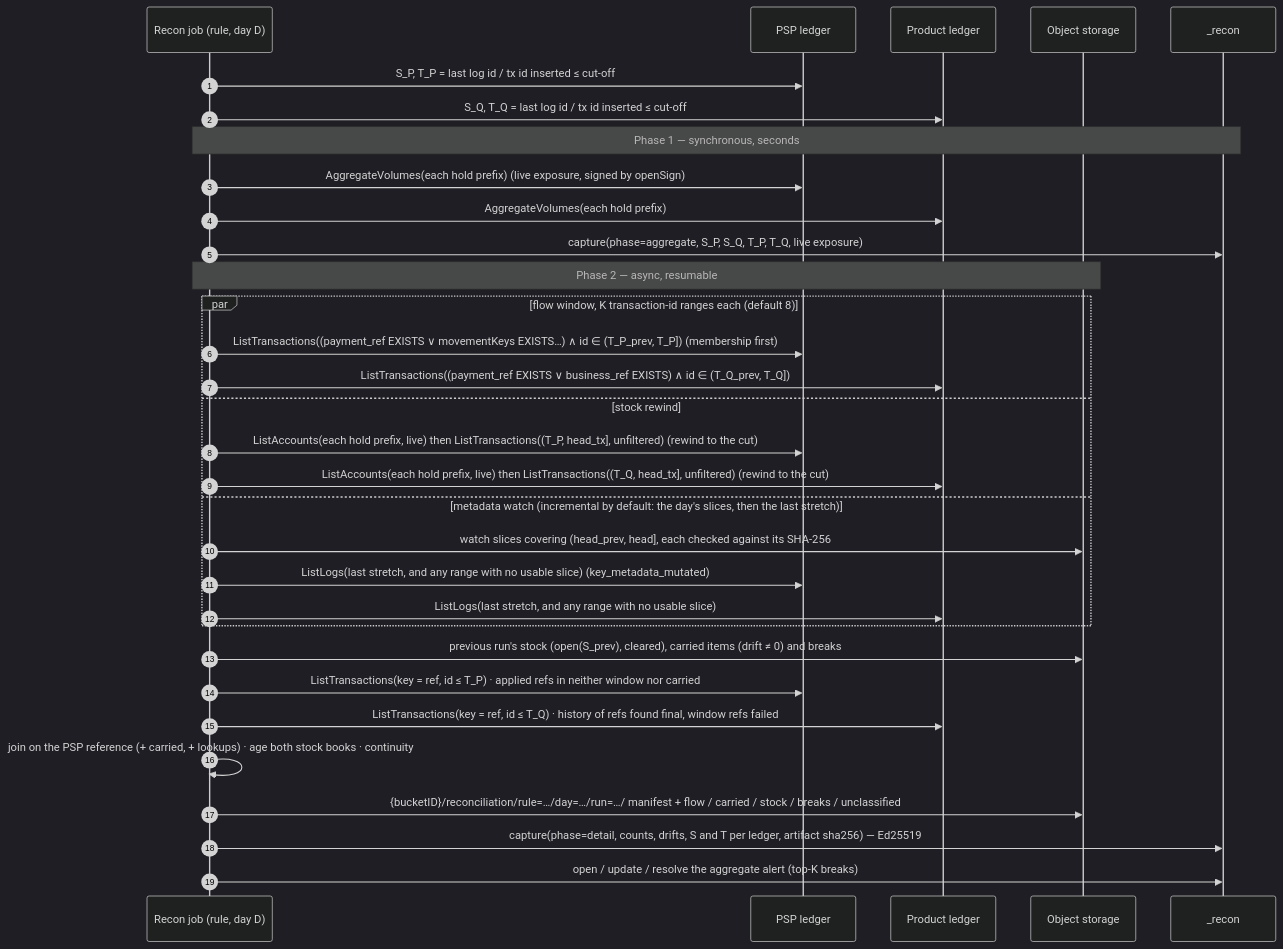
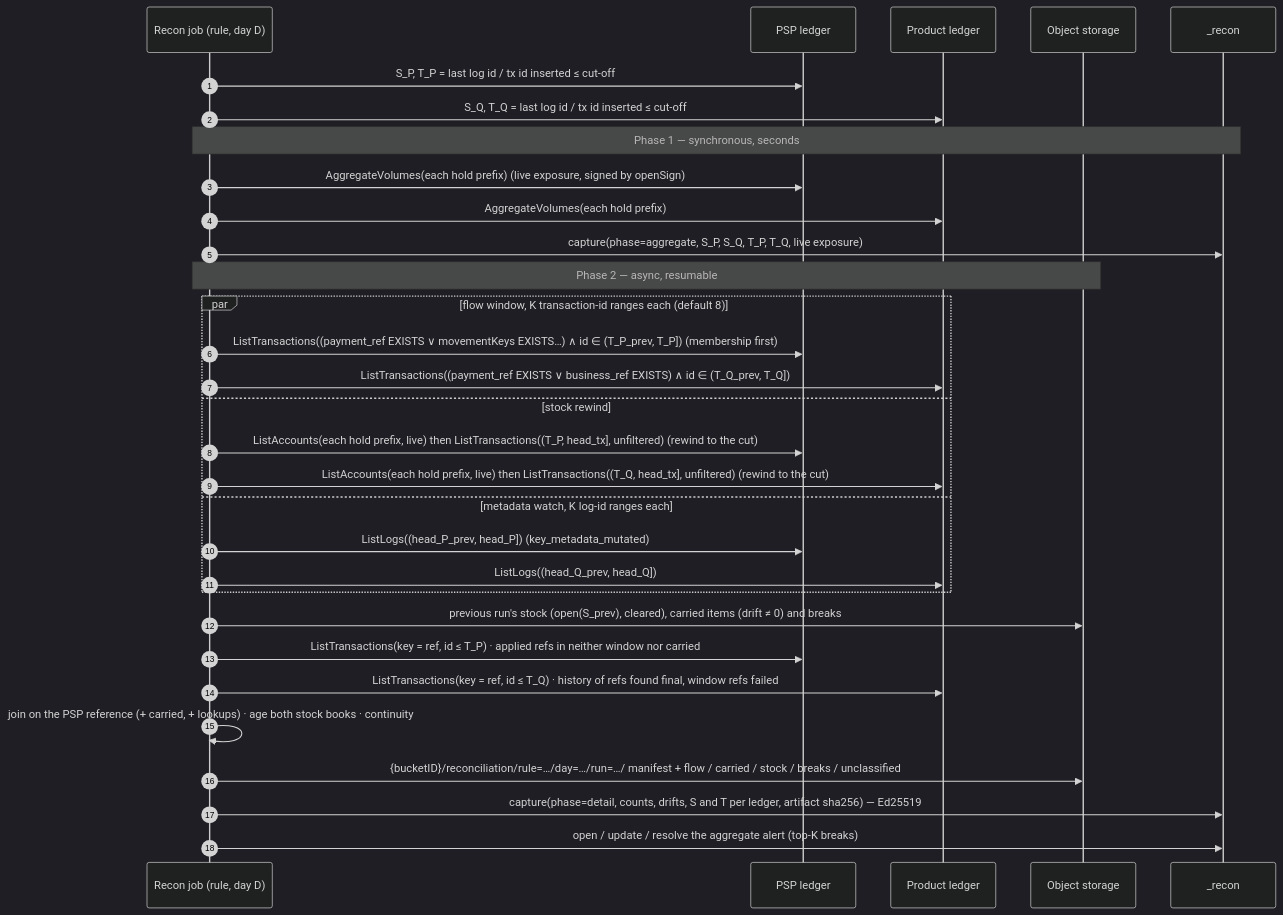
One commit to formancehq/reconciliation changed the second of 2 diagrams in docs/technical/transaction-level-reconciliation.md. Above: the diagram before and after it, drawn with Mermaid (dark theme). The commit also changed other lines of this file and 20 other files, not shown here.

First line of the commit message:
docs(recon): defer the incremental metadata watch after V1 (ADR-005 decision 25)

````diff
--- a/docs/technical/transaction-level-reconciliation.md
+++ b/docs/technical/transaction-level-reconciliation.md
@@ -230,35 +230,34 @@
 ```mermaid
 sequenceDiagram
     autonumber
     participant J as Recon job (rule, day D)
     participant P as PSP ledger
     participant Q as Product ledger
     participant O as Object storage
     participant C as _recon
 
     J->>P: S_P, T_P = last log id / tx id inserted ≤ cut-off
     J->>Q: S_Q, T_Q = last log id / tx id inserted ≤ cut-off
     Note over J,C: Phase 1 — synchronous, seconds
     J->>P: AggregateVolumes(each hold prefix)  (live exposure, signed by openSign)
     J->>Q: AggregateVolumes(each hold prefix)
     J->>C: capture(phase=aggregate, S_P, S_Q, T_P, T_Q, live exposure)
     Note over J,O: Phase 2 — async, resumable
     par flow window, K transaction-id ranges each (default 8)
         J->>P: ListTransactions((payment_ref EXISTS ∨ movementKeys EXISTS…) ∧ id ∈ (T_P_prev, T_P])  (membership first)
         J->>Q: ListTransactions((payment_ref EXISTS ∨ business_ref EXISTS) ∧ id ∈ (T_Q_prev, T_Q])
     and stock rewind
         J->>P: ListAccounts(each hold prefix, live) then ListTransactions((T_P, head_tx], unfiltered) (rewind to the cut)
         J->>Q: ListAccounts(each hold prefix, live) then ListTransactions((T_Q, head_tx], unfiltered) (rewind to the cut)
-    and metadata watch (incremental by default: the day's slices, then the last stretch)
-        J->>O: watch slices covering (head_prev, head], each checked against its SHA-256
-        J->>P: ListLogs(last stretch, and any range with no usable slice)  (key_metadata_mutated)
-        J->>Q: ListLogs(last stretch, and any range with no usable slice)
+    and metadata watch, K log-id ranges each
+        J->>P: ListLogs((head_P_prev, head_P])  (key_metadata_mutated)
+        J->>Q: ListLogs((head_Q_prev, head_Q])
     end
     J->>O: previous run's stock (open(S_prev), cleared), carried items (drift ≠ 0) and breaks
     J->>P: ListTransactions(key = ref, id ≤ T_P) · applied refs in neither window nor carried
     J->>Q: ListTransactions(key = ref, id ≤ T_Q) · history of refs found final, window refs failed
     J->>J: join on the PSP reference (+ carried, + lookups) · age both stock books · continuity
     J->>O: {bucketID}/reconciliation/rule=…/day=…/run=…/ manifest + flow / carried / stock / breaks / unclassified
     J->>C: capture(phase=detail, counts, drifts, S and T per ledger, artifact sha256) — Ed25519
     J->>C: open / update / resolve the aggregate alert (top-K breaks)
 ```
````
